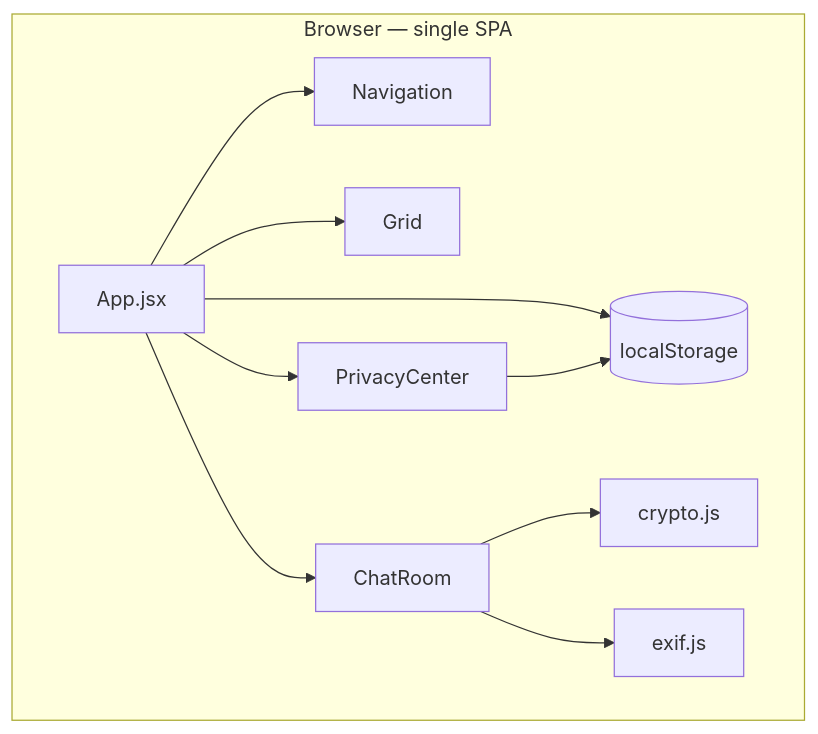
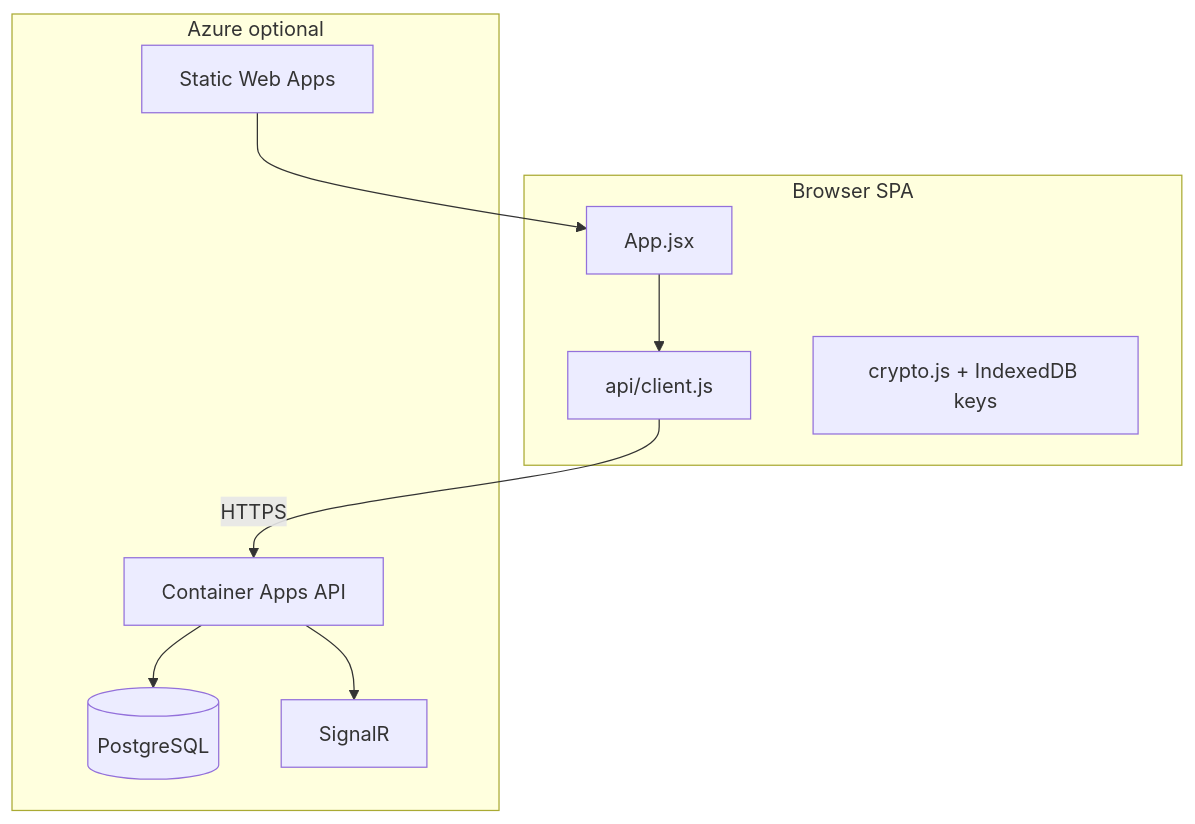
Before and after one commit to Jono120/aether-chat: the diagram in docs/project-summary.md, drawn with Mermaid. The commit also changed other lines of this file and 114 other files, not shown here.

````diff
--- a/docs/project-summary.md
+++ b/docs/project-summary.md
@@ -18,21 +23,19 @@
 ```mermaid
 flowchart TB
-  subgraph browser [Browser — single SPA]
+  subgraph client [Browser SPA]
     App[App.jsx]
-    Nav[Navigation]
-    Grid[Grid]
-    Chat[ChatRoom]
-    Privacy[PrivacyCenter]
-    Crypto[crypto.js]
-    Exif[exif.js]
-    LS[(localStorage)]
+    APIClient[api/client.js]
+    Crypto[crypto.js + IndexedDB keys]
   end
-  App --> Nav
-  App --> Grid
-  App --> Chat
-  App --> Privacy
-  App --> LS
-  Chat --> Crypto
-  Chat --> Exif
-  Privacy --> LS
+  subgraph azure [Azure optional]
+    SWA[Static Web Apps]
+    API[Container Apps API]
+    PG[(PostgreSQL)]
+    SR[SignalR]
+  end
+  App --> APIClient
+  APIClient -->|HTTPS| API
+  API --> PG
+  API --> SR
+  SWA --> App
 ```
````
